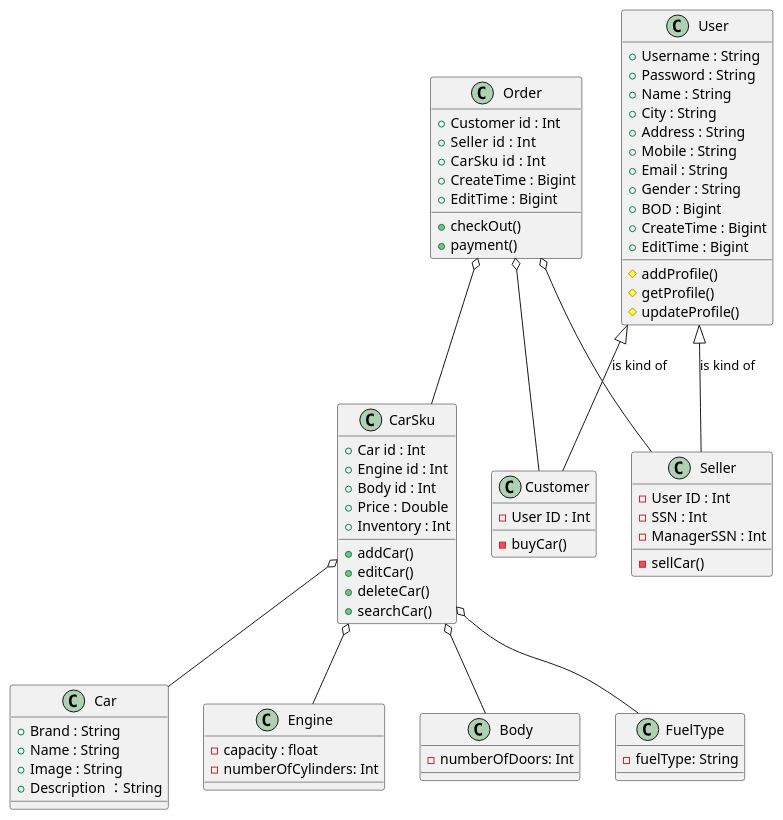
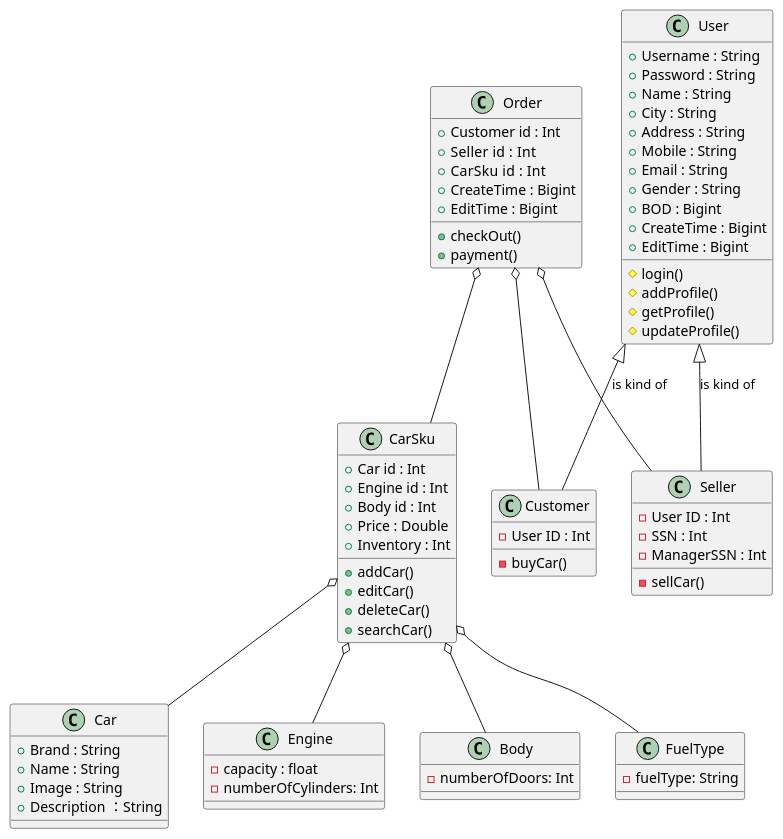
One commit to Caisen1988/phpunit changed the diagram in uml/CarSaleSystem.puml. Above: the diagram before and after it, drawn with PlantUML. The commit also changed 8 other files, not shown here.

Commit message:
finish UML

```diff
--- a/uml/CarSaleSystem.puml
+++ b/uml/CarSaleSystem.puml
@@ -1,82 +1,83 @@
 @startuml
  class CarSku {
   + Car id : Int
   + Engine id : Int
   + Body id : Int
   + Price : Double
   + Inventory : Int
   + addCar()
   + editCar()
   + deleteCar()
   + searchCar()
  }
 
  class Car {
   + Brand : String
   + Name : String
   + Image : String
   + Description ：String
  }
 
  class Engine{
   - capacity : float
   - numberOfCylinders: Int
  }
  class Body{
   - numberOfDoors: Int
  }
  class FuelType{
   - fuelType: String
  }
 
  class User {
   + Username : String
   + Password : String
   + Name : String
   + City : String
   + Address : String
   + Mobile : String
   + Email : String
   + Gender : String
   + BOD : Bigint
   + CreateTime : Bigint
   + EditTime : Bigint
+  # login()
   # addProfile()
   # getProfile()
   # updateProfile()
  }
 
  class Seller{
     - User ID : Int
     - SSN : Int
     - ManagerSSN : Int
     - sellCar()
  }
 
  class Customer{
     - User ID : Int
     - buyCar()
  }
 
  class Order{
     +Customer id : Int
     +Seller id  : Int
     +CarSku id  : Int
     + CreateTime : Bigint
     + EditTime : Bigint
     +checkOut()
     +payment()
  }
 
 
  User <|-- Seller : is kind of
  User <|-- Customer : is kind of
  CarSku o-- Car
  CarSku o-- Engine
  CarSku o-- Body
  CarSku o-- FuelType
  Order o-- Seller
  Order o-- Customer
  Order o-- CarSku
 
 @enduml
```
